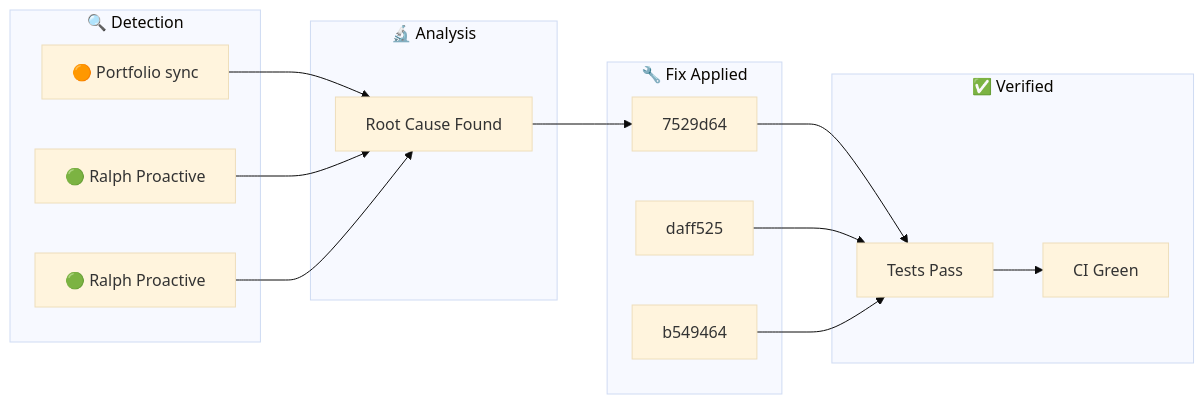
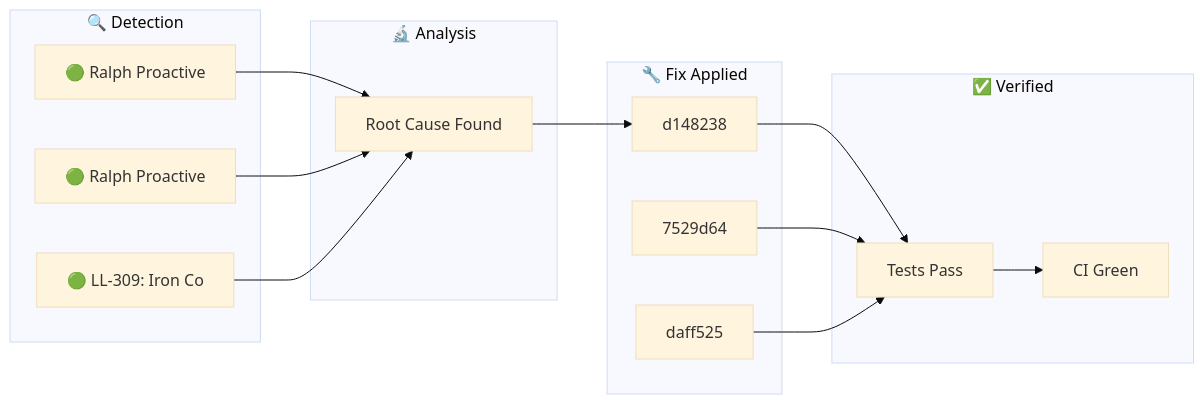
One commit to YoByron/trading changed the diagram in docs/_posts/2026-01-27-ralph-discovery.md. Above: the diagram before and after it, drawn with Mermaid (base theme). The commit also changed other lines of this file, not shown here.

Commit message:
docs(ralph): Auto-publish discovery blog post

````diff
--- a/docs/_posts/2026-01-27-ralph-discovery.md
+++ b/docs/_posts/2026-01-27-ralph-discovery.md
@@ -17,28 +17,28 @@
 ```mermaid
 flowchart LR
     subgraph Detection["🔍 Detection"]
-        D1["🟠 Portfolio sync "]
+        D1["🟢 Ralph Proactive"]
         D2["🟢 Ralph Proactive"]
-        D3["🟢 Ralph Proactive"]
+        D3["🟢 LL-309: Iron Co"]
     end
     subgraph Analysis["🔬 Analysis"]
         A1["Root Cause Found"]
     end
     subgraph Fix["🔧 Fix Applied"]
-        F1["7529d64"]
-        F2["daff525"]
-        F3["b549464"]
+        F1["d148238"]
+        F2["7529d64"]
+        F3["daff525"]
     end
     subgraph Verify["✅ Verified"]
         V1["Tests Pass"]
         V2["CI Green"]
     end
     D1 --> A1
     D2 --> A1
     D3 --> A1
     A1 --> F1
     F1 --> V1
     F2 --> V1
     F3 --> V1
     V1 --> V2
 ```
````
